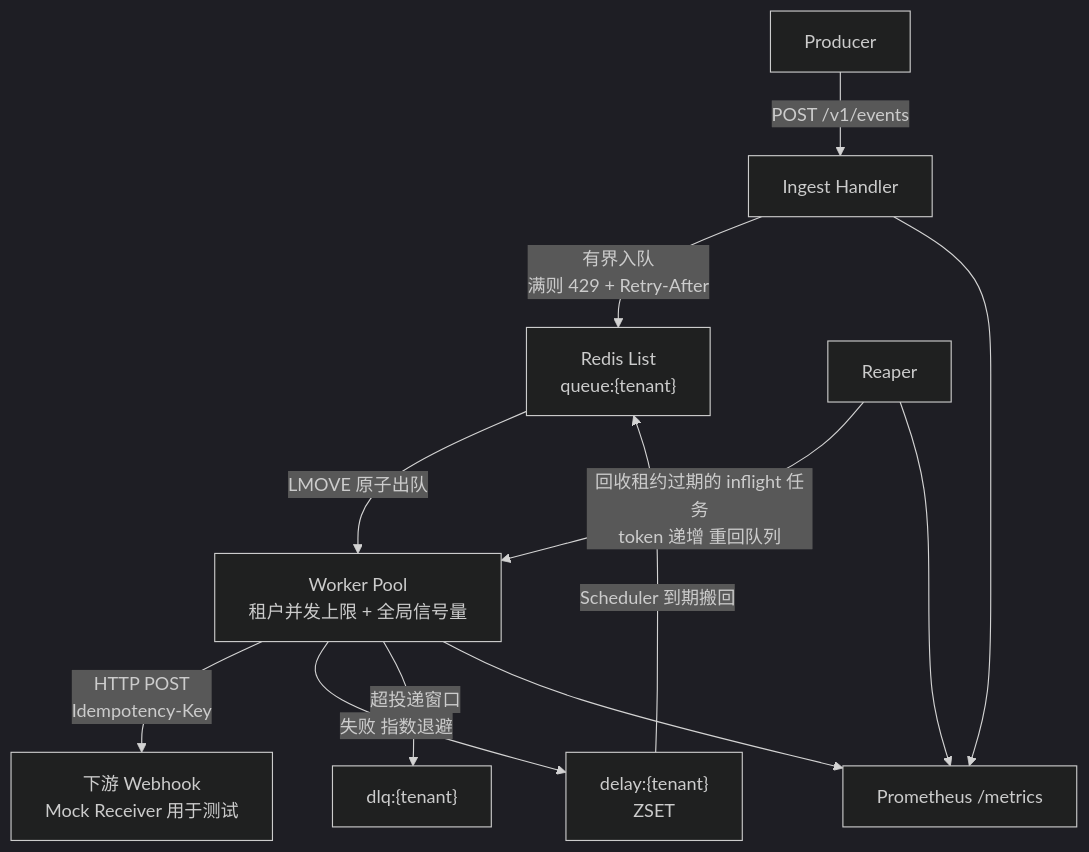
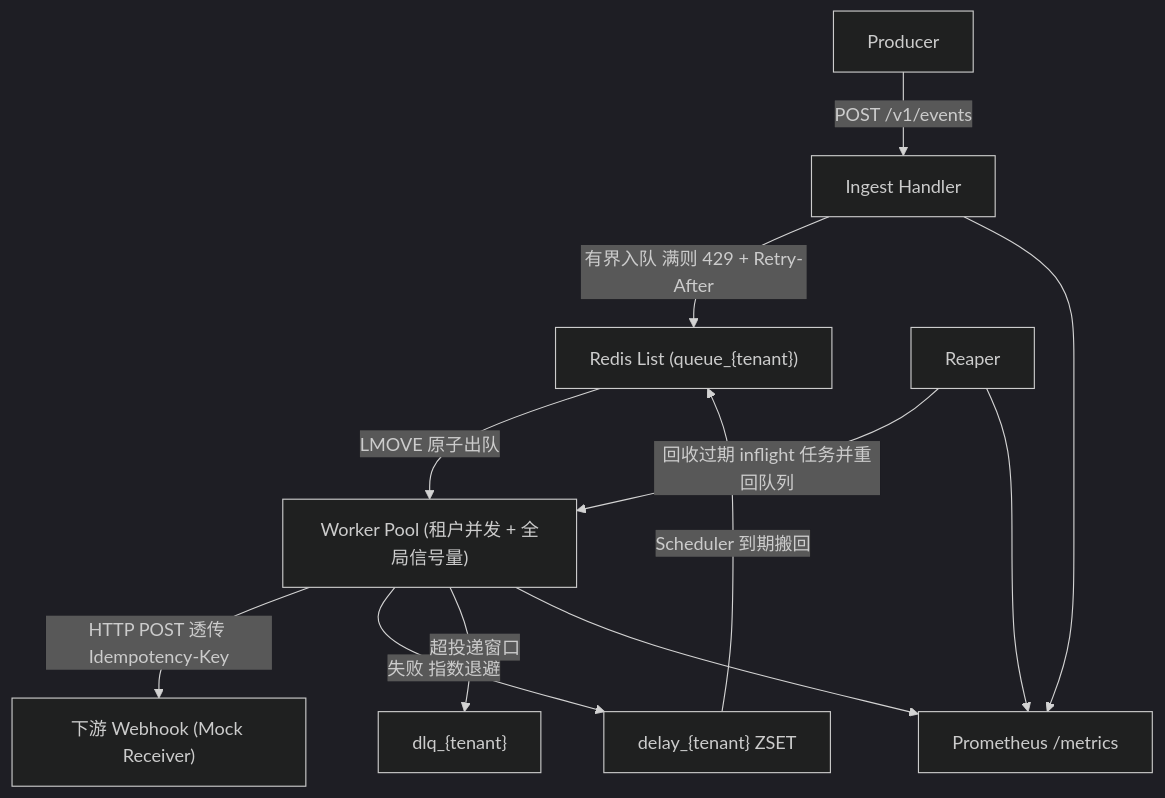
One commit to zjplgwxhn/tenant-webhook-relay changed the diagram in README.md. Above: the diagram before and after it, drawn with Mermaid (dark theme).

Commit message:
docs: simplify mermaid syntax

````diff
--- a/README.md
+++ b/README.md
@@ -7,17 +7,17 @@
 ```mermaid
 flowchart TB
     P["Producer"] -->|"POST /v1/events"| I["Ingest Handler"]
-    I -->|"有界入队\n满则 429 + Retry-After"| Q["Redis List\nqueue:{tenant}"]
-    Q -->|"LMOVE 原子出队"| W["Worker Pool\n租户并发上限 + 全局信号量"]
-    W -->|"HTTP POST\nIdempotency-Key"| D["下游 Webhook\nMock Receiver 用于测试"]
+    I -->|"有界入队 满则 429 + Retry-After"| Q["Redis List (queue_{tenant})"]
+    Q -->|"LMOVE 原子出队"| W["Worker Pool (租户并发 + 全局信号量)"]
+    W -->|"HTTP POST 透传 Idempotency-Key"| D["下游 Webhook (Mock Receiver)"]
 
-    W -->|"失败 指数退避"| Z["delay:{tenant}\nZSET"]
+    W -->|"失败 指数退避"| Z["delay_{tenant} ZSET"]
     Z -->|"Scheduler 到期搬回"| Q
-    W -->|"超投递窗口"| DLQ["dlq:{tenant}"]
+    W -->|"超投递窗口"| DLQ["dlq_{tenant}"]
 
-    R["Reaper"] -->|"回收租约过期的 inflight 任务\ntoken 递增 重回队列"| W
+    R["Reaper"] -->|"回收过期 inflight 任务并重回队列"| W
 
     I --> M["Prometheus /metrics"]
     W --> M
     R --> M
 ```
````
